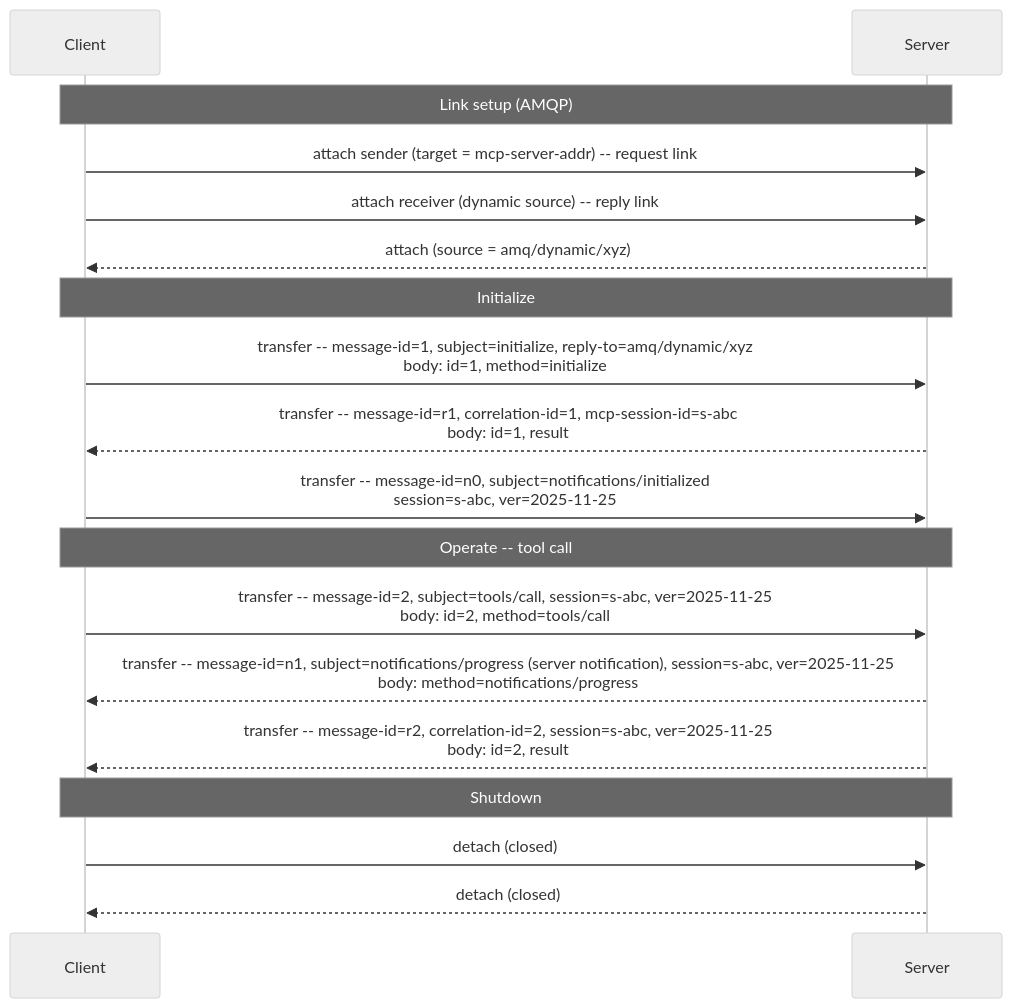
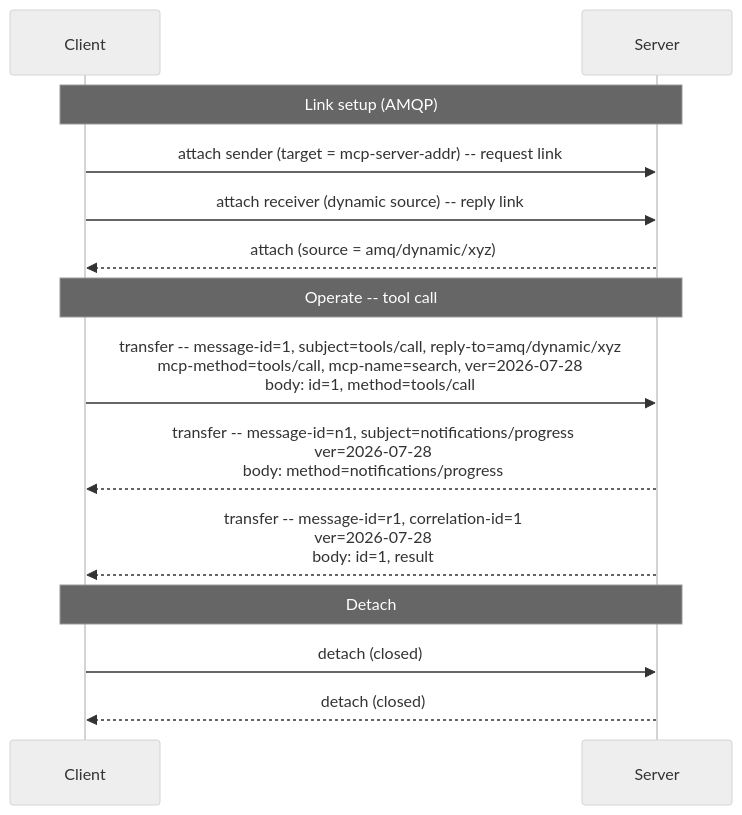
Before and after one commit to oasis-tcs/amqp-specs: the diagram in mcp/mcp-amqp-binding-spec.md, drawn with Mermaid (neutral theme). The commit also changed other lines of this file, not shown here.

First line of the commit message:
MCP binding WD02: track MCP 2026-07-28 stateless spec

````diff
--- a/mcp/mcp-amqp-binding-spec.md
+++ b/mcp/mcp-amqp-binding-spec.md
@@ -90,24 +93,19 @@
 ```mermaid
 sequenceDiagram
     participant C as Client
     participant S as Server
 
     Note over C,S: Link setup (AMQP)
     C->>S: attach sender (target = mcp-server-addr) -- request link
     C->>S: attach receiver (dynamic source) -- reply link
     S-->>C: attach (source = amq/dynamic/xyz)
 
-    Note over C,S: Initialize
-    C->>S: transfer -- message-id=1, subject=initialize, reply-to=amq/dynamic/xyz<br/>body: id=1, method=initialize
-    S-->>C: transfer -- message-id=r1, correlation-id=1, mcp-session-id=s-abc<br/>body: id=1, result
-    C->>S: transfer -- message-id=n0, subject=notifications/initialized<br/>session=s-abc, ver=2025-11-25
+    Note over C,S: Operate -- tool call
+    C->>S: transfer -- message-id=1, subject=tools/call, reply-to=amq/dynamic/xyz<br/>mcp-method=tools/call, mcp-name=search, ver=2026-07-28<br/>body: id=1, method=tools/call
+    S-->>C: transfer -- message-id=n1, subject=notifications/progress<br/>ver=2026-07-28<br/>body: method=notifications/progress
+    S-->>C: transfer -- message-id=r1, correlation-id=1<br/>ver=2026-07-28<br/>body: id=1, result
 
-    Note over C,S: Operate -- tool call
-    C->>S: transfer -- message-id=2, subject=tools/call, session=s-abc, ver=2025-11-25<br/>body: id=2, method=tools/call
-    S-->>C: transfer -- message-id=n1, subject=notifications/progress (server notification), session=s-abc, ver=2025-11-25<br/>body: method=notifications/progress
-    S-->>C: transfer -- message-id=r2, correlation-id=2, session=s-abc, ver=2025-11-25<br/>body: id=2, result
-
-    Note over C,S: Shutdown
+    Note over C,S: Detach
     C->>S: detach (closed)
     S-->>C: detach (closed)
 ```
````
